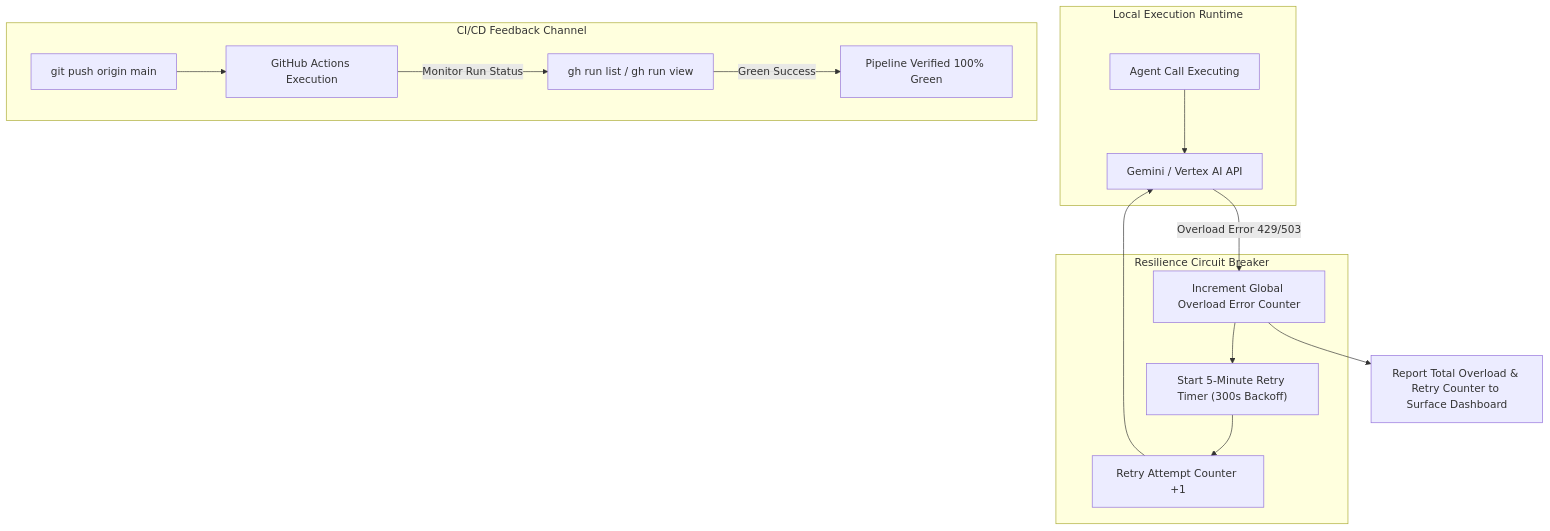
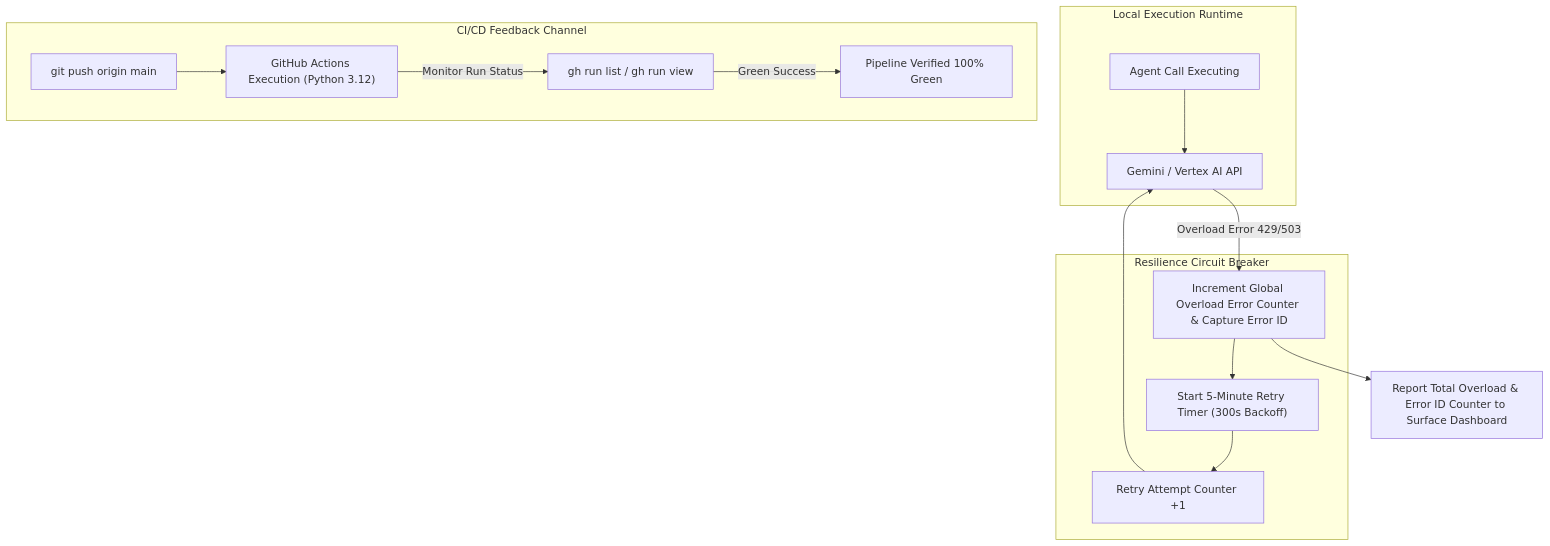
The diagram in docs/architecture/M_AXIS_COMPLIANCE.md (mahmoud-denovo/olympus-product-specialist), drawn with Mermaid before and after one commit. The commit also changed other lines of this file and 1 other file, not shown here.

Commit message:
docs(compliance): update M-Axis log with Python 3.12 standard and Error ID shifts

````diff
--- a/docs/architecture/M_AXIS_COMPLIANCE.md
+++ b/docs/architecture/M_AXIS_COMPLIANCE.md
@@ -37,21 +40,21 @@
 ```mermaid
 graph TD
     subgraph "Local Execution Runtime"
         AgentCall["Agent Call Executing"] --> API["Gemini / Vertex AI API"]
     end
 
     subgraph "Resilience Circuit Breaker"
-        API -->|Overload Error 429/503| Counter["Increment Global Overload Error Counter"]
+        API -->|Overload Error 429/503| Counter["Increment Global Overload Error Counter & Capture Error ID"]
         Counter --> Timer["Start 5-Minute Retry Timer (300s Backoff)"]
         Timer --> Retry["Retry Attempt Counter +1"]
         Retry --> API
     end
 
     subgraph "CI/CD Feedback Channel"
-        GitPush["git push origin main"] --> GHA["GitHub Actions Execution"]
+        GitPush["git push origin main"] --> GHA["GitHub Actions Execution (Python 3.12)"]
         GHA -->|Monitor Run Status| GHACheck["gh run list / gh run view"]
         GHACheck -->|Green Success| Pass["Pipeline Verified 100% Green"]
     end
 
-    Counter --> SurfaceTelemetry["Report Total Overload & Retry Counter to Surface Dashboard"]
+    Counter --> SurfaceTelemetry["Report Total Overload & Error ID Counter to Surface Dashboard"]
 ```
````
